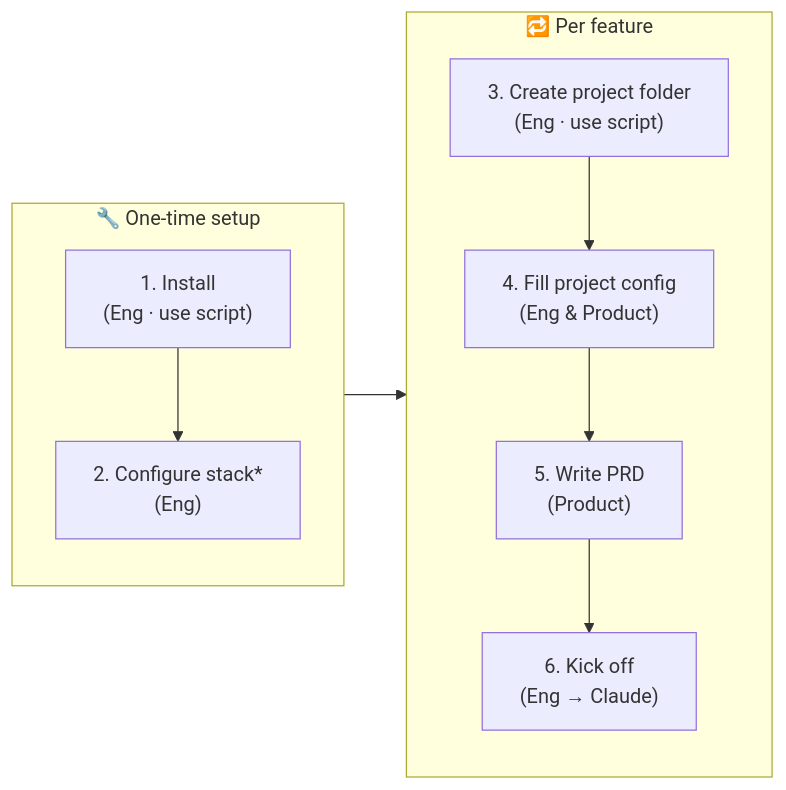
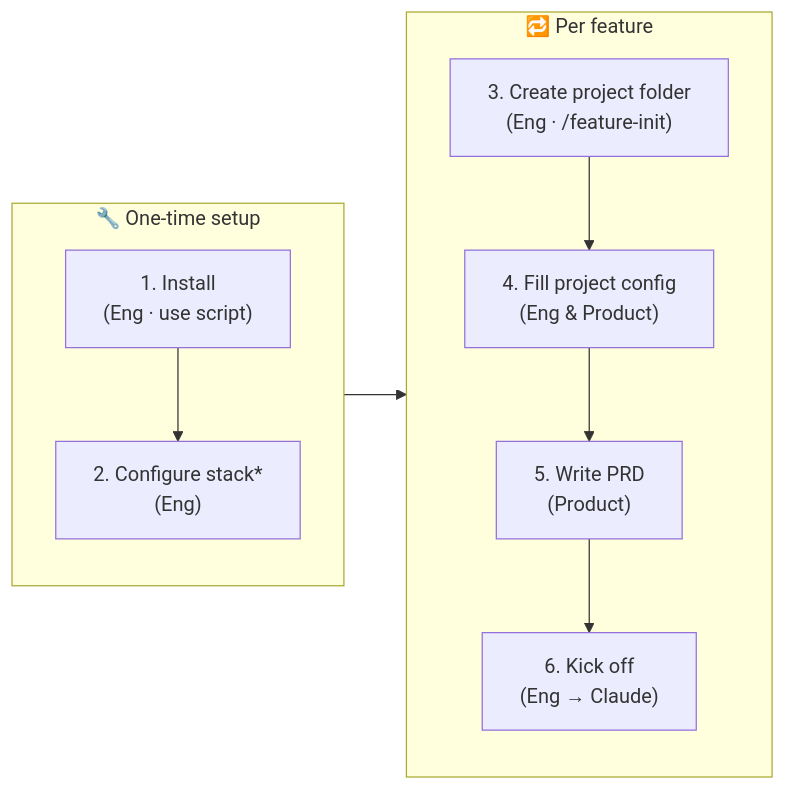
The diagram in .claude/GETTING-STARTED.md (sans-github/agents), drawn with Mermaid before and after one commit. The commit also changed other lines of this file and 5 other files, not shown here.

First line of the commit message:
replace scripts/ with install.sh at root and /feature-init skill

````diff
--- a/.claude/GETTING-STARTED.md
+++ b/.claude/GETTING-STARTED.md
@@ -3,10 +3,10 @@
 ```mermaid
 flowchart LR
   subgraph once["🔧 One-time setup"]
     s1["1. Install<br/>(Eng · use script)"] --> s2["2. Configure stack*<br/>(Eng)"]
   end
   subgraph feat["🔁 Per feature"]
-    s3["3. Create project folder<br/>(Eng · use script)"] --> s4["4. Fill project config<br/>(Eng & Product)"] --> s5["5. Write PRD<br/>(Product)"] --> s6["6. Kick off<br/>(Eng → Claude)"]
+    s3["3. Create project folder<br/>(Eng · /feature-init)"] --> s4["4. Fill project config<br/>(Eng & Product)"] --> s5["5. Write PRD<br/>(Product)"] --> s6["6. Kick off<br/>(Eng → Claude)"]
   end
   once --> feat
 ```
````
